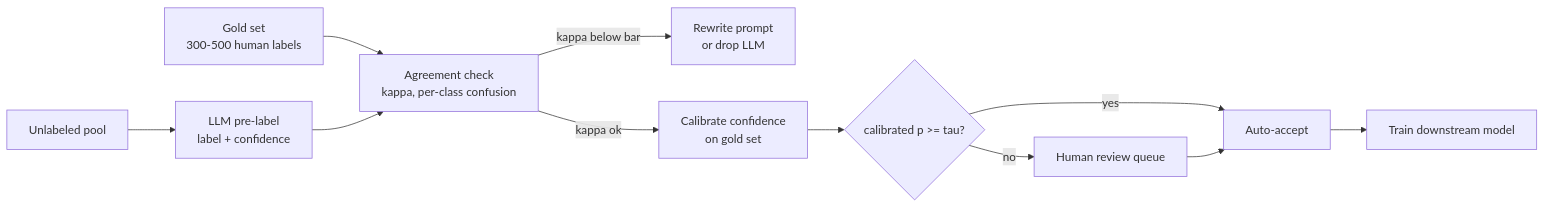
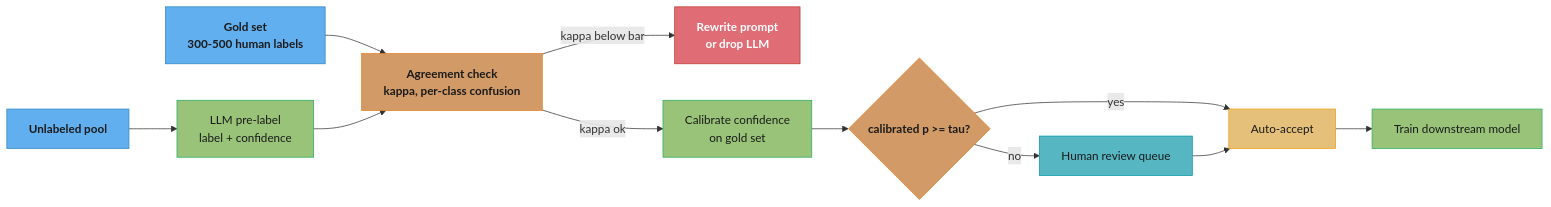
One commit to rppol/system-design changed the sixth of 6 diagrams in src/main/java/com/rutik/systemdesign/ml/active_learning_and_weak_supervision/active_learning_and_weak_supervision.md. Above: the diagram before and after it, drawn with Mermaid. The commit also changed 38 other files, not shown here.

````diff
--- a/src/main/java/com/rutik/systemdesign/ml/active_learning_and_weak_supervision/active_learning_and_weak_supervision.md
+++ b/src/main/java/com/rutik/systemdesign/ml/active_learning_and_weak_supervision/active_learning_and_weak_supervision.md
@@ -480,13 +480,28 @@
 ```mermaid
 flowchart LR
+    classDef io      fill:#61afef,stroke:#2e86c1,color:#1a1a1a,font-weight:bold
+    classDef frozen  fill:#c678dd,stroke:#9b59b6,color:#fff
+    classDef train   fill:#98c379,stroke:#27ae60,color:#1a1a1a
+    classDef mathOp  fill:#d19a66,stroke:#e67e22,color:#1a1a1a,font-weight:bold
+    classDef lossN   fill:#e06c75,stroke:#c0392b,color:#fff,font-weight:bold
+    classDef req     fill:#56b6c2,stroke:#0097a7,color:#1a1a1a
+    classDef base    fill:#e5c07b,stroke:#f39c12,color:#1a1a1a
+
     U[Unlabeled pool] --> P[LLM pre-label<br/>label + confidence]
     G[Gold set<br/>300-500 human labels] --> A[Agreement check<br/>kappa, per-class confusion]
     P --> A
     A -->|kappa below bar| R[Rewrite prompt<br/>or drop LLM]
     A -->|kappa ok| C[Calibrate confidence<br/>on gold set]
     C --> H{calibrated p >= tau?}
     H -->|yes| T[Auto-accept]
     H -->|no| Q[Human review queue]
     Q --> T
     T --> M[Train downstream model]
+
+    class U,G io
+    class P,C,M train
+    class A,H mathOp
+    class R lossN
+    class Q req
+    class T base
 ```
````
